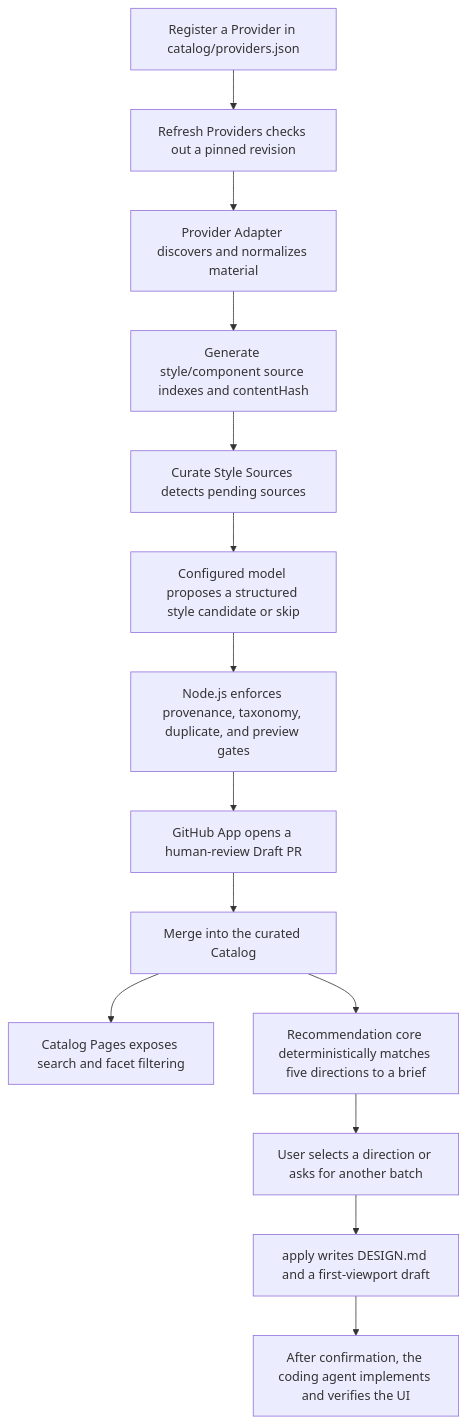
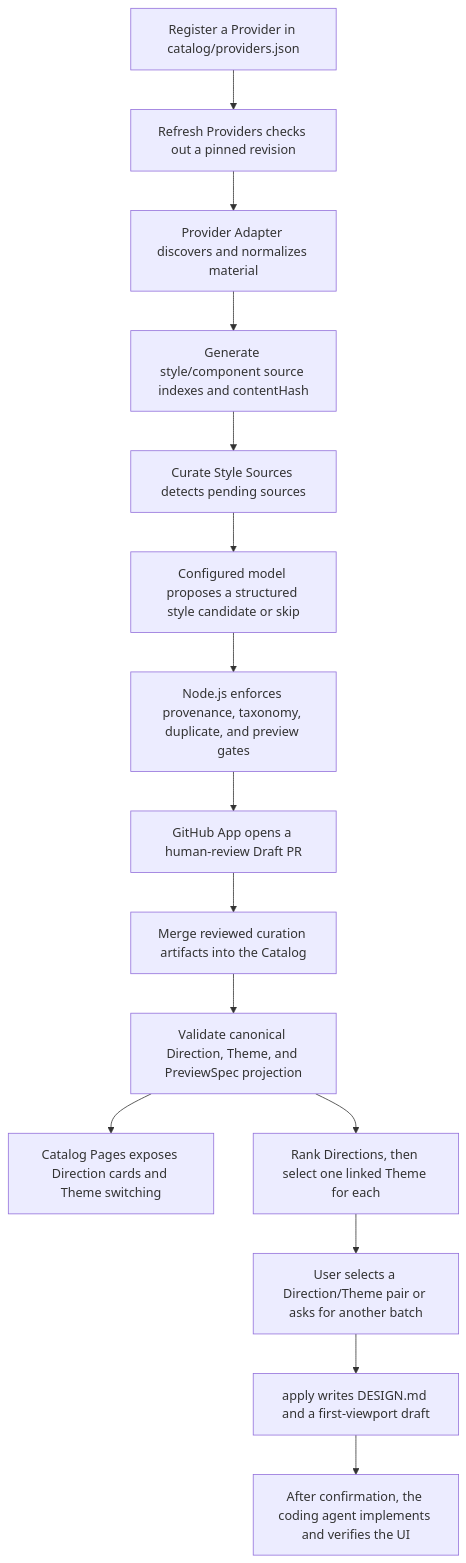
One commit to coconilu/ai-ui-style-director changed the diagram in docs/OVERVIEW.md. Above: the diagram before and after it, drawn with Mermaid. The commit also changed other lines of this file and 30 other files, not shown here.

Commit message:
feat(recommend): select directions and themes separately (#33)

````diff
--- a/docs/OVERVIEW.md
+++ b/docs/OVERVIEW.md
@@ -11,16 +11,17 @@
 ```mermaid
 flowchart TD
     A["Register a Provider in catalog/providers.json"] --> B["Refresh Providers checks out a pinned revision"]
     B --> C["Provider Adapter discovers and normalizes material"]
     C --> D["Generate style/component source indexes and contentHash"]
     D --> E["Curate Style Sources detects pending sources"]
     E --> F["Configured model proposes a structured style candidate or skip"]
     F --> G["Node.js enforces provenance, taxonomy, duplicate, and preview gates"]
     G --> H["GitHub App opens a human-review Draft PR"]
-    H --> I["Merge into the curated Catalog"]
-    I --> J["Catalog Pages exposes search and facet filtering"]
-    I --> K["Recommendation core deterministically matches five directions to a brief"]
-    K --> L["User selects a direction or asks for another batch"]
+    H --> I["Merge reviewed curation artifacts into the Catalog"]
+    I --> P["Validate canonical Direction, Theme, and PreviewSpec projection"]
+    P --> J["Catalog Pages exposes Direction cards and Theme switching"]
+    P --> K["Rank Directions, then select one linked Theme for each"]
+    K --> L["User selects a Direction/Theme pair or asks for another batch"]
     L --> M["apply writes DESIGN.md and a first-viewport draft"]
     M --> N["After confirmation, the coding agent implements and verifies the UI"]
 ```
````
